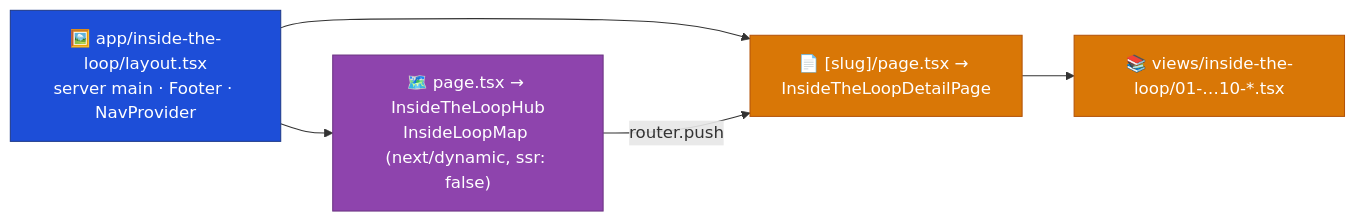
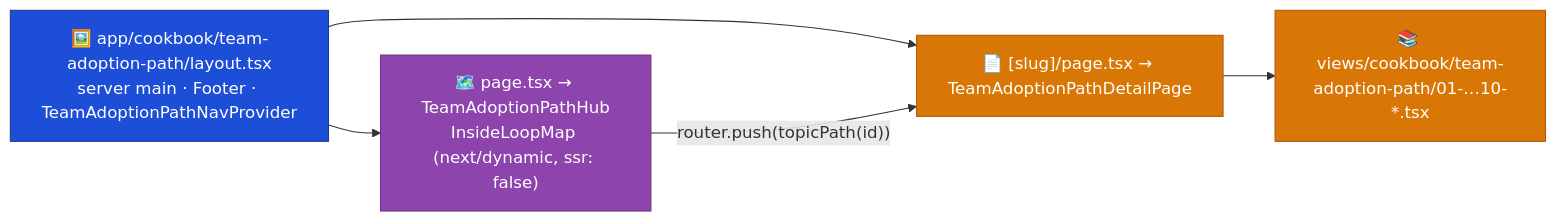
One commit to DataArt/artisyn-implementation-harness changed the first of 3 diagrams in docs/System Architecture (LLD)/Web Explorer/03. Pages and Design System.md. Above: the diagram before and after it, drawn with Mermaid. The commit also changed other lines of this file and 159 other files, not shown here.

````diff
--- a/docs/System Architecture (LLD)/Web Explorer/03. Pages and Design System.md
+++ b/docs/System Architecture (LLD)/Web Explorer/03. Pages and Design System.md
@@ -60,15 +86,15 @@
 ```mermaid
 flowchart LR
-    LAYOUT["🖼️ app/inside-the-loop/layout.tsx\nserver main · Footer · NavProvider"]:::layout
-    HUB["🗺️ page.tsx → InsideTheLoopHub\nInsideLoopMap (next/dynamic, ssr: false)"]:::hub
-    DETAIL["📄 [slug]/page.tsx → InsideTheLoopDetailPage"]:::detail
-    SLIDES["📚 views/inside-the-loop/01-…10-*.tsx"]:::detail
+    LAYOUT["🖼️ app/cookbook/team-adoption-path/layout.tsx\nserver main · Footer · TeamAdoptionPathNavProvider"]:::layout
+    HUB["🗺️ page.tsx → TeamAdoptionPathHub\nInsideLoopMap (next/dynamic, ssr: false)"]:::hub
+    DETAIL["📄 [slug]/page.tsx → TeamAdoptionPathDetailPage"]:::detail
+    SLIDES["📚 views/cookbook/team-adoption-path/01-…10-*.tsx"]:::detail
 
     LAYOUT --> HUB
     LAYOUT --> DETAIL --> SLIDES
-    HUB -->|"router.push"| DETAIL
+    HUB -->|"router.push(topicPath(id))"| DETAIL
 
     classDef hub    fill:#8E44AD,stroke:#6C3483,color:#fff
     classDef layout fill:#1D4ED8,stroke:#1e3a8a,color:#fff
     classDef detail fill:#D97706,stroke:#B45309,color:#fff
 ```
````
